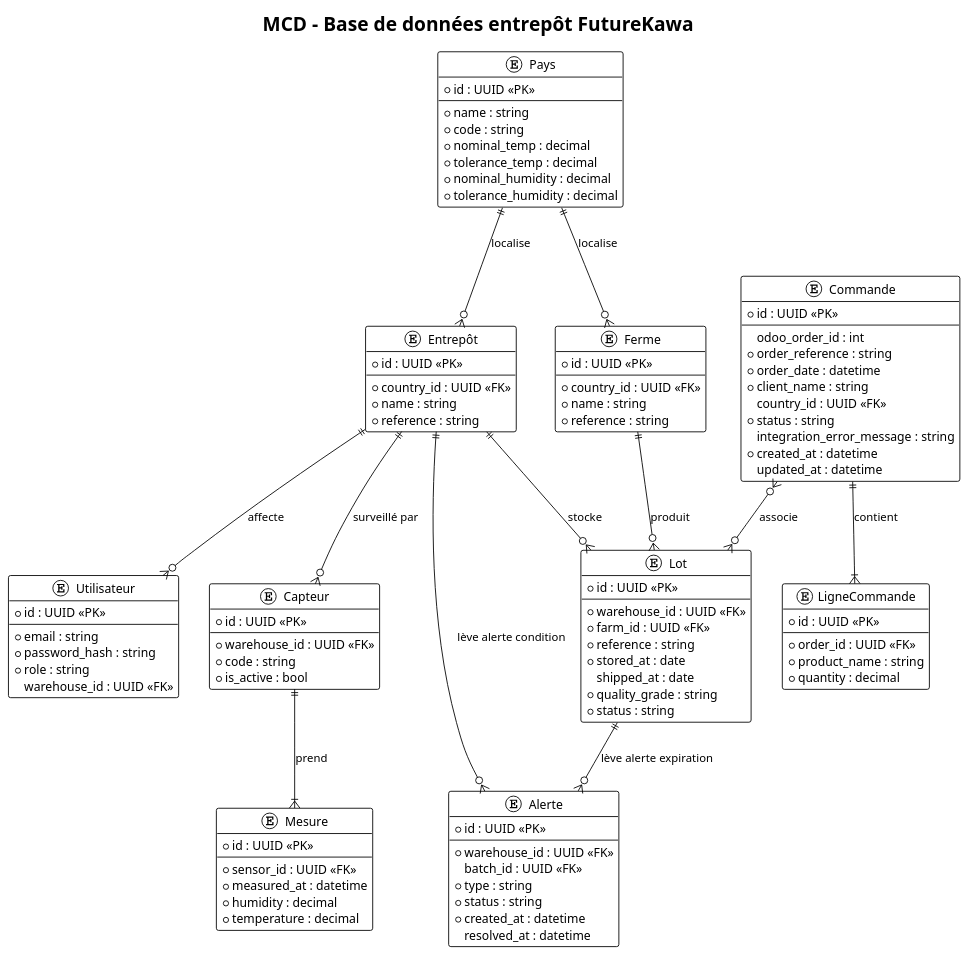
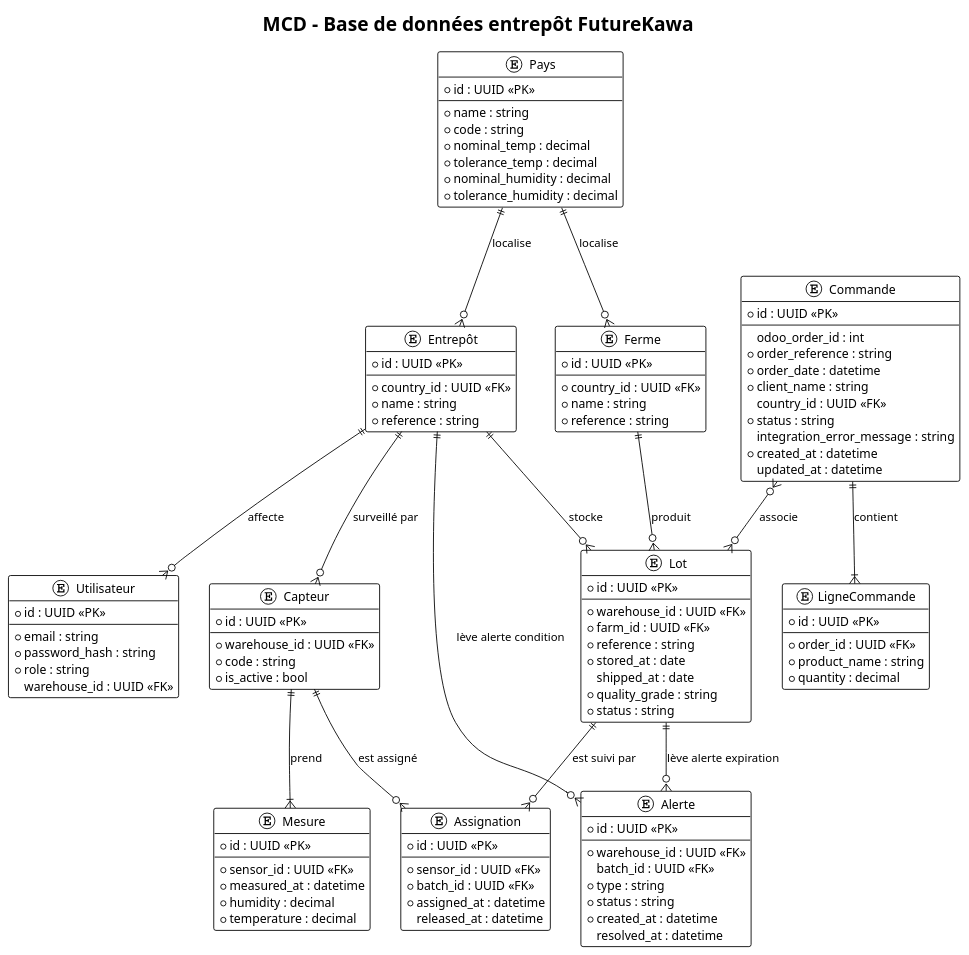
Before and after one commit to FutureKawa-Nte-G2/FutureKawa: the diagram in Documentation/diagrammes/mcd_warehouse.puml, drawn with PlantUML. The commit also changed 8 other files, not shown here.

```diff
--- a/Documentation/diagrammes/mcd_warehouse.puml
+++ b/Documentation/diagrammes/mcd_warehouse.puml
@@ -1,118 +1,129 @@
 @startuml MCD_Warehouse_FutureKawa
 
 !theme plain
 
 title MCD - Base de données entrepôt FutureKawa
 
 entity "Utilisateur" as User {
   * id : UUID <<PK>>
   --
   * email : string
   * password_hash : string
   * role : string
   warehouse_id : UUID <<FK>>
 }
 
 entity "Pays" as Country {
   * id : UUID <<PK>>
   --
   * name : string
   * code : string
   * nominal_temp : decimal
   * tolerance_temp : decimal
   * nominal_humidity : decimal
   * tolerance_humidity : decimal
 }
 
 entity "Ferme" as Farm {
   * id : UUID <<PK>>
   --
   * country_id : UUID <<FK>>
   * name : string
   * reference : string
 }
 
 entity "Entrepôt" as Warehouse {
   * id : UUID <<PK>>
   --
   * country_id : UUID <<FK>>
   * name : string
   * reference : string
 }
 
 entity "Lot" as Batch {
   * id : UUID <<PK>>
   --
   * warehouse_id : UUID <<FK>>
   * farm_id : UUID <<FK>>
   * reference : string
   * stored_at : date
   shipped_at : date
   * quality_grade : string
   * status : string
 }
 
 entity "Commande" as Order {
   * id : UUID <<PK>>
   --
   odoo_order_id : int
   * order_reference : string
   * order_date : datetime
   * client_name : string
   country_id : UUID <<FK>>
   * status : string
   integration_error_message : string
   * created_at : datetime
   updated_at : datetime
 }
 
 entity "LigneCommande" as OrderLine {
   * id : UUID <<PK>>
   --
   * order_id : UUID <<FK>>
   * product_name : string
   * quantity : decimal
 }
 
 entity "Capteur" as Sensor {
   * id : UUID <<PK>>
   --
   * warehouse_id : UUID <<FK>>
   * code : string
   * is_active : bool
 }
 
+entity "Assignation" as SensorAssignment {
+  * id : UUID <<PK>>
+  --
+  * sensor_id : UUID <<FK>>
+  * batch_id : UUID <<FK>>
+  * assigned_at : datetime
+  released_at : datetime
+}
+
 entity "Mesure" as Measurement {
   * id : UUID <<PK>>
   --
   * sensor_id : UUID <<FK>>
   * measured_at : datetime
   * humidity : decimal
   * temperature : decimal
 }
 
 entity "Alerte" as Alert {
   * id : UUID <<PK>>
   --
   * warehouse_id : UUID <<FK>>
   batch_id : UUID <<FK>>
   * type : string
   * status : string
   * created_at : datetime
   resolved_at : datetime
 }
 
 ' Relations conceptuelles
 Country ||--o{ Farm : "localise"
 Country ||--o{ Warehouse : "localise"
 Farm ||--o{ Batch : "produit"
 Warehouse ||--o{ Batch : "stocke"
 Warehouse ||--o{ User : "affecte"
 Warehouse ||--o{ Sensor : "surveillé par"
 Sensor ||--|{ Measurement : "prend"
+Sensor ||--o{ SensorAssignment : "est assigné"
+Batch ||--o{ SensorAssignment : "est suivi par"
 Warehouse ||--o{ Alert : "lève alerte condition"
 Batch ||--o{ Alert : "lève alerte expiration"
 Order ||--|{ OrderLine : "contient"
 Order }o--o{ Batch : "associe"
 
 @enduml
```
